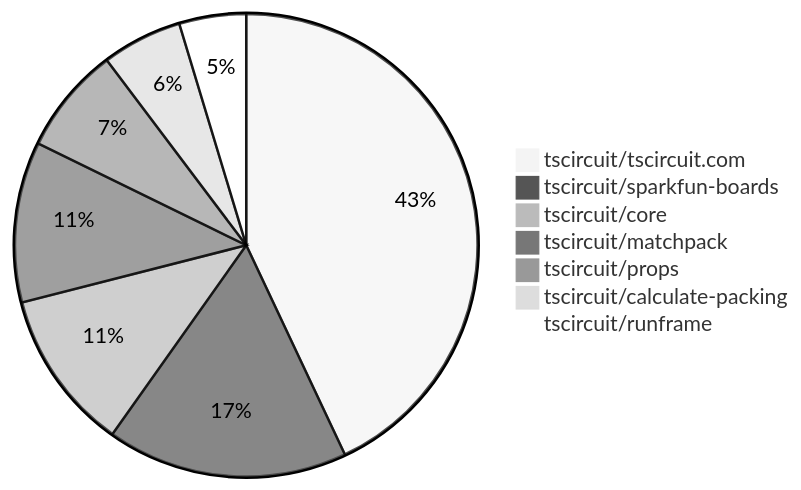
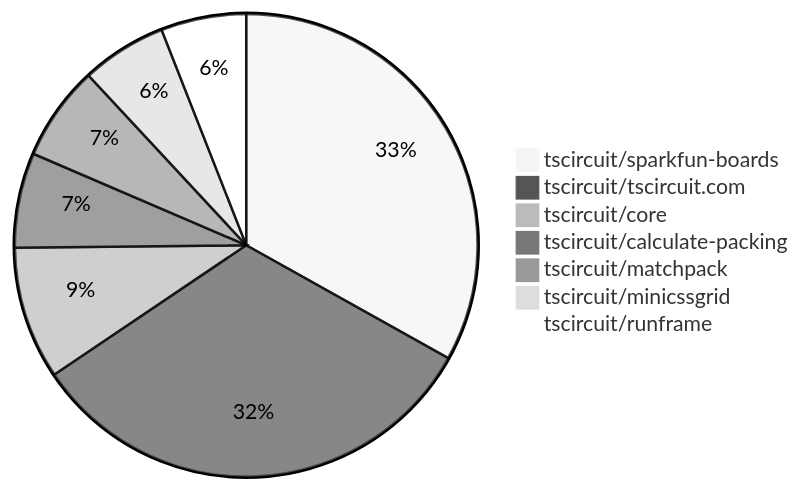
Before and after one commit to tscircuit/contribution-tracker: the second of 2 diagrams in README.md, drawn with Mermaid (neutral theme). The commit also changed other lines of this file and 3 other files, not shown here.

````diff
--- a/README.md
+++ b/README.md
@@ -105,10 +106,10 @@
 ```mermaid
 pie
-    "tscircuit/tscircuit.com" : 46
-    "tscircuit/sparkfun-boards" : 18
-    "tscircuit/core" : 12
-    "tscircuit/matchpack" : 12
-    "tscircuit/props" : 8
-    "tscircuit/calculate-packing" : 6
-    "tscircuit/runframe" : 5
+    "tscircuit/sparkfun-boards" : 50
+    "tscircuit/tscircuit.com" : 49
+    "tscircuit/core" : 14
+    "tscircuit/calculate-packing" : 10
+    "tscircuit/matchpack" : 10
+    "tscircuit/minicssgrid" : 9
+    "tscircuit/runframe" : 9
 ```
````
